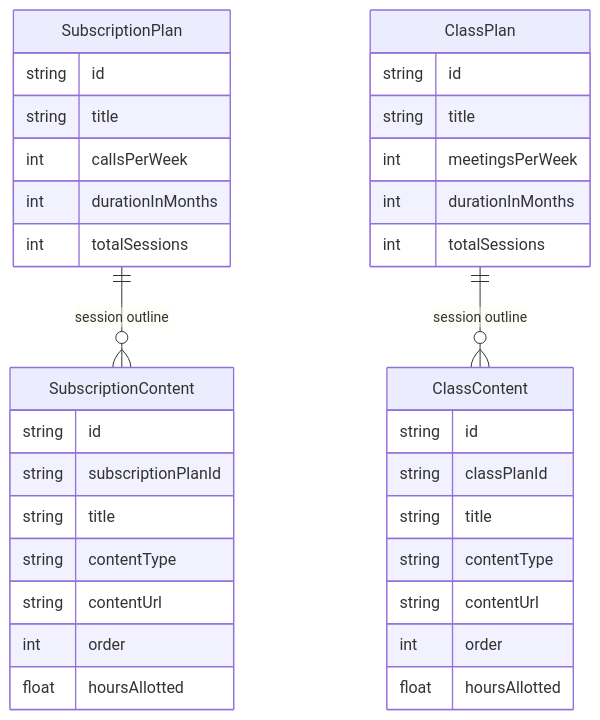
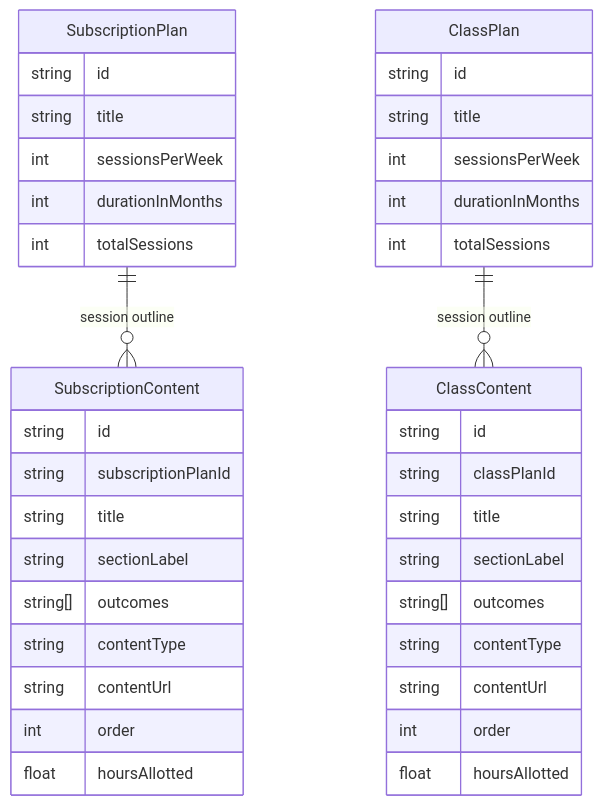
One commit to Practitionist/familiarise_web changed the seventh of 24 diagrams in docs/prisma/schema-map.md. Above: the diagram before and after it, drawn with Mermaid. The commit also changed other lines of this file and 116 other files, not shown here.

````diff
--- a/docs/prisma/schema-map.md
+++ b/docs/prisma/schema-map.md
@@ -486,38 +524,42 @@
 ```mermaid
 erDiagram
     SubscriptionPlan {
         string id
         string title
-        int callsPerWeek
+        int sessionsPerWeek
         int durationInMonths
         int totalSessions
     }
     SubscriptionContent {
         string id
         string subscriptionPlanId
         string title
+        string sectionLabel
+        string[] outcomes
         string contentType
         string contentUrl
         int order
         float hoursAllotted
     }
     ClassPlan {
         string id
         string title
-        int meetingsPerWeek
+        int sessionsPerWeek
         int durationInMonths
         int totalSessions
     }
     ClassContent {
         string id
         string classPlanId
         string title
+        string sectionLabel
+        string[] outcomes
         string contentType
         string contentUrl
         int order
         float hoursAllotted
     }
 
     SubscriptionPlan ||--o{ SubscriptionContent : "session outline"
     ClassPlan ||--o{ ClassContent : "session outline"
 ```
````
